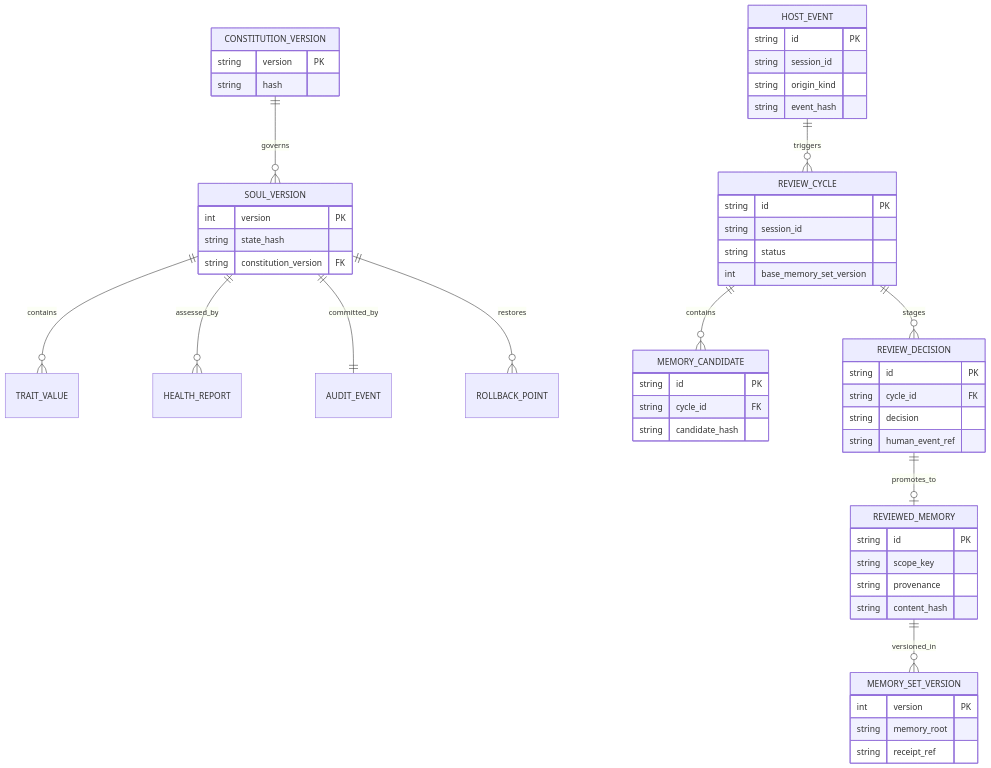
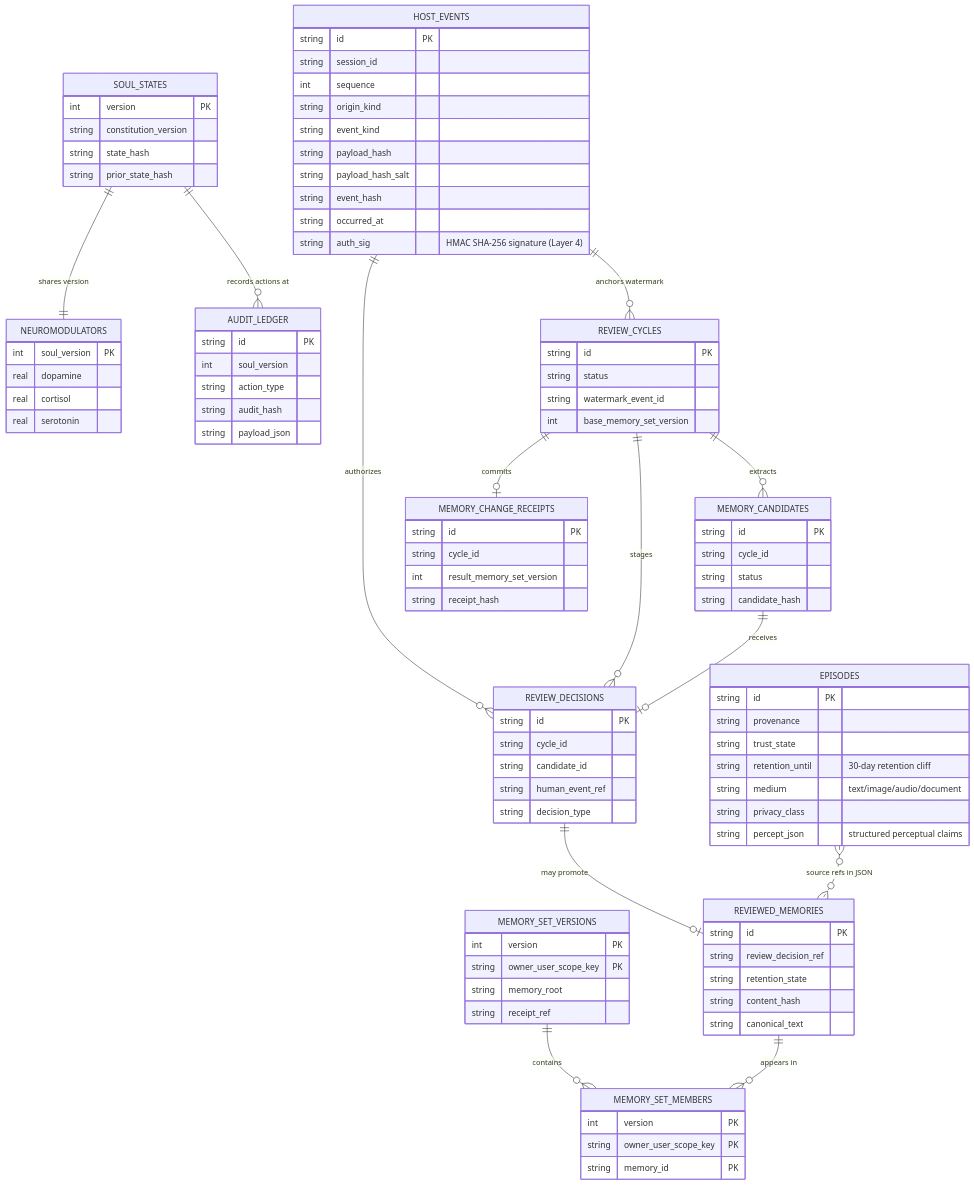
Before and after one commit to Azhonaras/soul-engine: the seventh of 9 diagrams in docs/ARCHITECTURE.md, drawn with Mermaid. The commit also changed other lines of this file and 69 other files, not shown here.

````diff
--- a/docs/ARCHITECTURE.md
+++ b/docs/ARCHITECTURE.md
@@ -409,58 +536,100 @@
 ```mermaid
 erDiagram
-    CONSTITUTION_VERSION ||--o{ SOUL_VERSION : governs
-    SOUL_VERSION ||--o{ TRAIT_VALUE : contains
-    SOUL_VERSION ||--o{ HEALTH_REPORT : assessed_by
-    SOUL_VERSION ||--|| AUDIT_EVENT : committed_by
-    SOUL_VERSION ||--o{ ROLLBACK_POINT : restores
+    SOUL_STATES ||--|| NEUROMODULATORS : "shares version"
+    SOUL_STATES ||--o{ AUDIT_LEDGER : "records actions at"
 
-    HOST_EVENT ||--o{ REVIEW_CYCLE : triggers
-    REVIEW_CYCLE ||--o{ MEMORY_CANDIDATE : contains
-    REVIEW_CYCLE ||--o{ REVIEW_DECISION : stages
-    REVIEW_DECISION ||--o| REVIEWED_MEMORY : promotes_to
-    REVIEWED_MEMORY ||--o{ MEMORY_SET_VERSION : versioned_in
+    HOST_EVENTS ||--o{ REVIEW_CYCLES : "anchors watermark"
+    HOST_EVENTS ||--o{ REVIEW_DECISIONS : "authorizes"
+    REVIEW_CYCLES ||--o{ MEMORY_CANDIDATES : extracts
+    REVIEW_CYCLES ||--o{ REVIEW_DECISIONS : stages
+    MEMORY_CANDIDATES ||--o| REVIEW_DECISIONS : receives
+    REVIEW_DECISIONS ||--o| REVIEWED_MEMORIES : "may promote"
+    REVIEW_CYCLES ||--o| MEMORY_CHANGE_RECEIPTS : commits
+    MEMORY_SET_VERSIONS ||--o{ MEMORY_SET_MEMBERS : contains
+    REVIEWED_MEMORIES ||--o{ MEMORY_SET_MEMBERS : "appears in"
+    EPISODES }o..o{ REVIEWED_MEMORIES : "source refs in JSON"
 
-    CONSTITUTION_VERSION {
-      string version PK
-      string hash
-    }
-    SOUL_VERSION {
-      int version PK
-      string state_hash
-      string constitution_version FK
-    }
-    HOST_EVENT {
+    HOST_EVENTS {
       string id PK
       string session_id
+      int sequence
       string origin_kind
+      string event_kind
+      string payload_hash
+      string payload_hash_salt
       string event_hash
+      string occurred_at
+      string auth_sig "HMAC SHA-256 signature (Layer 4)"
     }
-    REVIEW_CYCLE {
+    SOUL_STATES {
+      int version PK
+      string constitution_version
+      string state_hash
+      string prior_state_hash
+    }
+    NEUROMODULATORS {
+      int soul_version PK
+      real dopamine
+      real cortisol
+      real serotonin
+    }
+    AUDIT_LEDGER {
       string id PK
-      string session_id
+      int soul_version
+      string action_type
+      string audit_hash
+      string payload_json
+    }
+    EPISODES {
+      string id PK
+      string provenance
+      string trust_state
+      string retention_until "30-day retention cliff"
+      string medium "text/image/audio/document"
+      string privacy_class
+      string percept_json "structured perceptual claims"
+    }
+    REVIEW_CYCLES {
+      string id PK
       string status
+      string watermark_event_id
       int base_memory_set_version
     }
-    MEMORY_CANDIDATE {
+    MEMORY_CANDIDATES {
       string id PK
-      string cycle_id FK
+      string cycle_id
+      string status
       string candidate_hash
     }
-    REVIEW_DECISION {
+    REVIEW_DECISIONS {
       string id PK
-      string cycle_id FK
-      string decision
+      string cycle_id
+      string candidate_id
       string human_event_ref
+      string decision_type
     }
-    REVIEWED_MEMORY {
+    REVIEWED_MEMORIES {
       string id PK
-      string scope_key
-      string provenance
+      string review_decision_ref
+      string retention_state
       string content_hash
+      string canonical_text
     }
-    MEMORY_SET_VERSION {
+    MEMORY_SET_VERSIONS {
       int version PK
+      string owner_user_scope_key PK
       string memory_root
       string receipt_ref
     }
+    MEMORY_SET_MEMBERS {
+      int version PK
+      string owner_user_scope_key PK
+      string memory_id PK
+    }
+    MEMORY_CHANGE_RECEIPTS {
+      string id PK
+      string cycle_id
+      int result_memory_set_version
+      string receipt_hash
+    }
 ```
````
